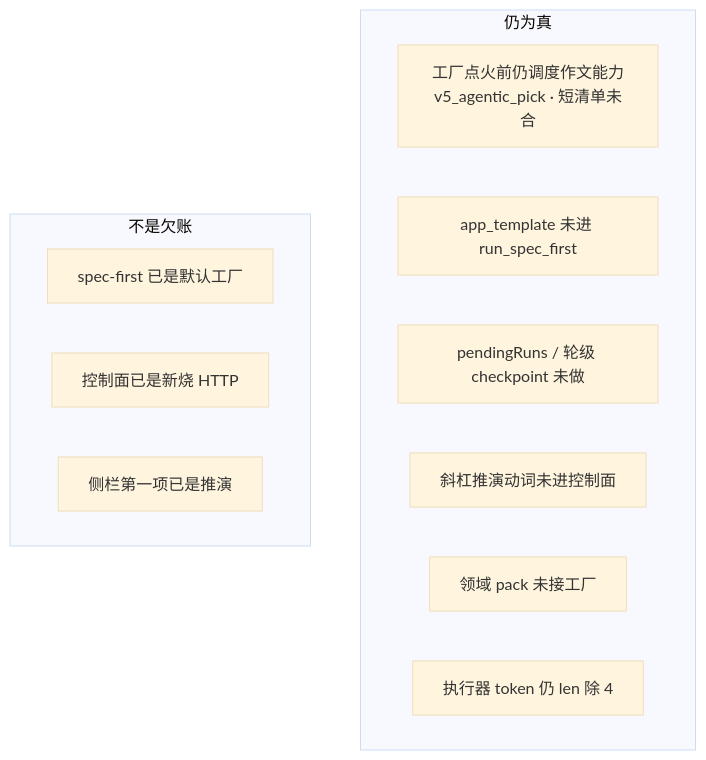
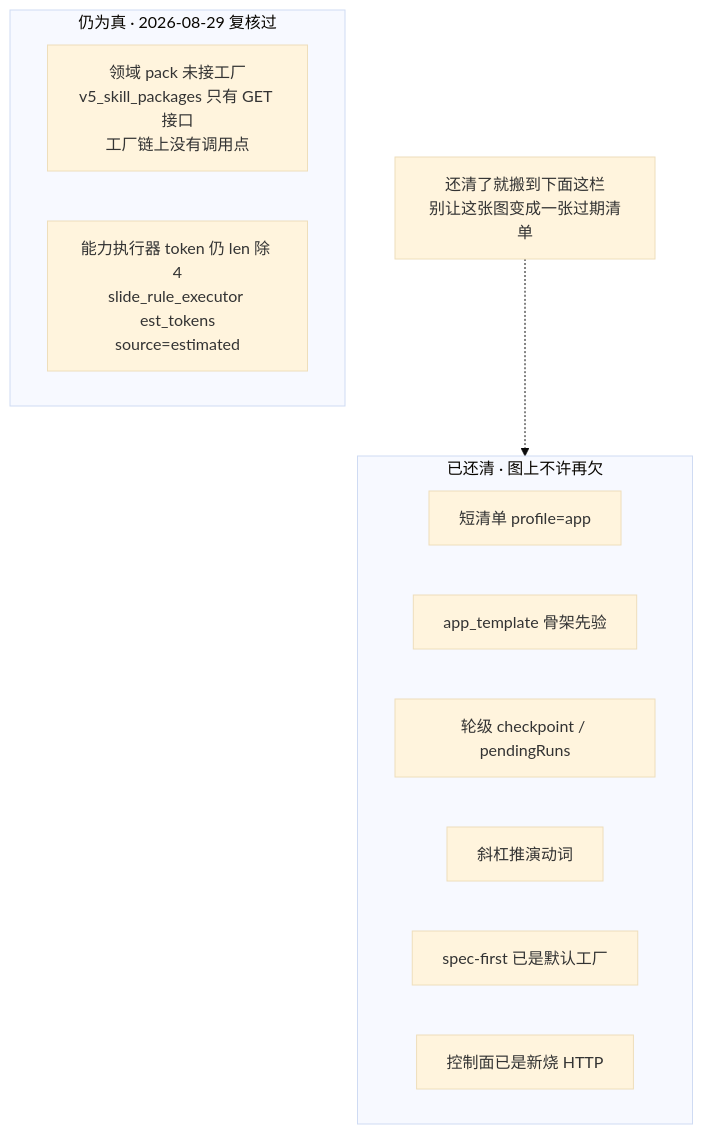
The diagram in docs/SlideRule V6.1 已知缺口.md (2686521696/WhyBuddy), drawn with Mermaid (base theme) before and after one commit. The commit also changed other lines of this file and 11 other files, not shown here.

First line of the commit message:
V6.1 短图补齐 V6.0 缺的 12 个子图，并修掉已知缺口图里四条过期欠账

````diff
--- a/docs/SlideRule V6.1 已知缺口.md
+++ b/docs/SlideRule V6.1 已知缺口.md
@@ -8,17 +25,18 @@
 ```mermaid
 flowchart TB
-  subgraph STILL["仍为真"]
-    ESSAY[工厂点火前仍调度作文能力<br/>v5_agentic_pick · 短清单未合]
-    TMPL[app_template 未进 run_spec_first]
-    CKPT[pendingRuns / 轮级 checkpoint 未做]
-    SLASH[斜杠推演动词未进控制面]
-    PACK[领域 pack 未接工厂]
-    COST[执行器 token 仍 len 除 4]
+  subgraph STILL["仍为真 · 2026-08-29 复核过"]
+    PACK[领域 pack 未接工厂<br/>v5_skill_packages 只有 GET 接口<br/>工厂链上没有调用点]
+    COST[能力执行器 token 仍 len 除 4<br/>slide_rule_executor est_tokens<br/>source=estimated]
   end
 
-  subgraph NOTDEBT["不是欠账"]
+  subgraph LANDED["已还清 · 图上不许再欠"]
+    SHORT[短清单 profile=app]
+    TMPL[app_template 骨架先验]
+    CKPT[轮级 checkpoint / pendingRuns]
+    SLASH[斜杠推演动词]
     SF[spec-first 已是默认工厂]
     CP[控制面已是新烧 HTTP]
-    NAV[侧栏第一项已是推演]
   end
+
+  NOTE[还清了就搬到下面这栏<br/>别让这张图变成一张过期清单] -.-> LANDED
 ```
````
